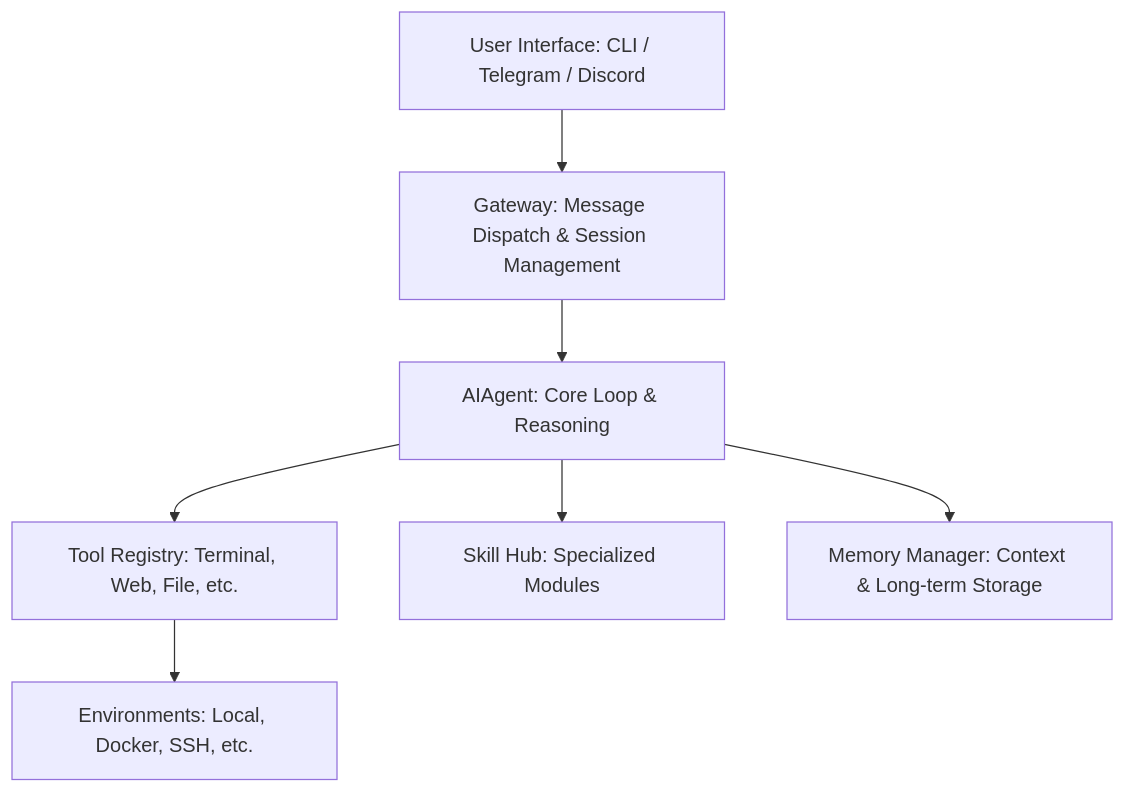
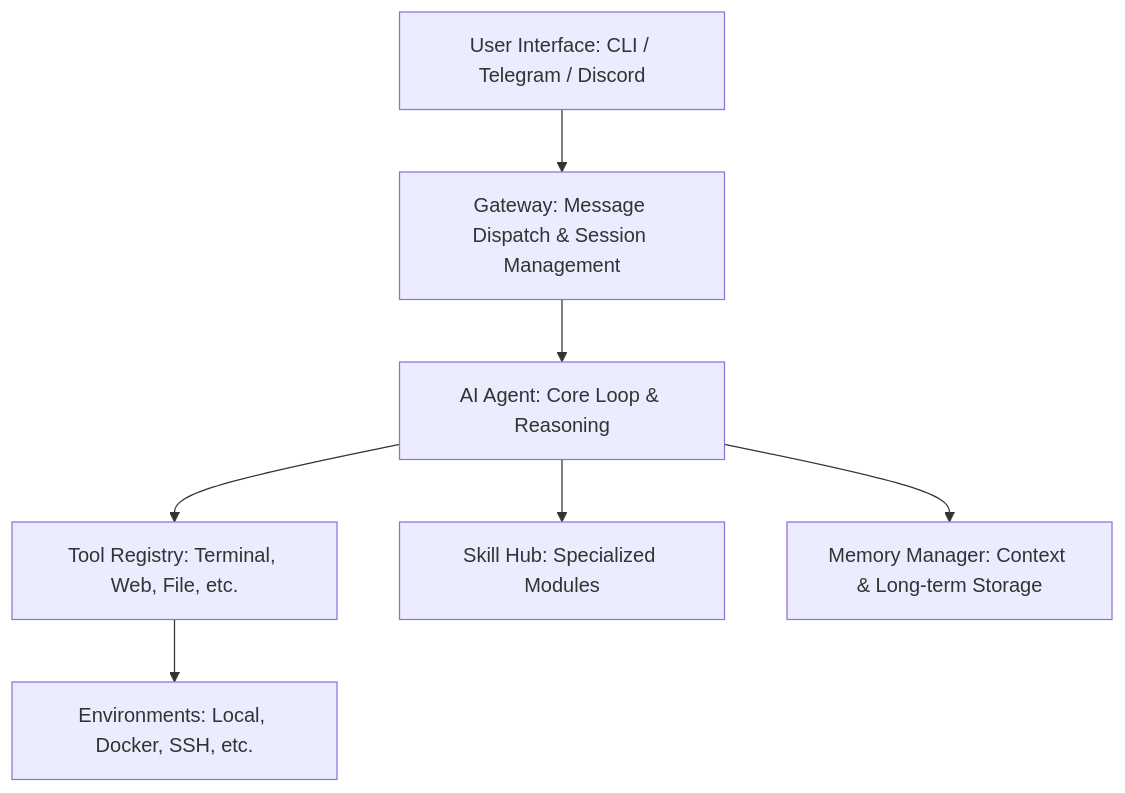
Before and after one commit to calcuis/goldfish: the diagram in README.md, drawn with Mermaid. The commit also changed other lines of this file, not shown here.

````diff
--- a/README.md
+++ b/README.md
@@ -24,9 +24,9 @@
 ```mermaid
 graph TD
     User[User Interface: CLI / Telegram / Discord] --> Gateway[Gateway: Message Dispatch & Session Management]
-    Gateway --> Agent[AIAgent: Core Loop & Reasoning]
+    Gateway --> Agent[AI Agent: Core Loop & Reasoning]
     Agent --> Tools[Tool Registry: Terminal, Web, File, etc.]
     Agent --> Skills[Skill Hub: Specialized Modules]
     Agent --> Memory[Memory Manager: Context & Long-term Storage]
     Tools --> Env[Environments: Local, Docker, SSH, etc.]
 ```
````
